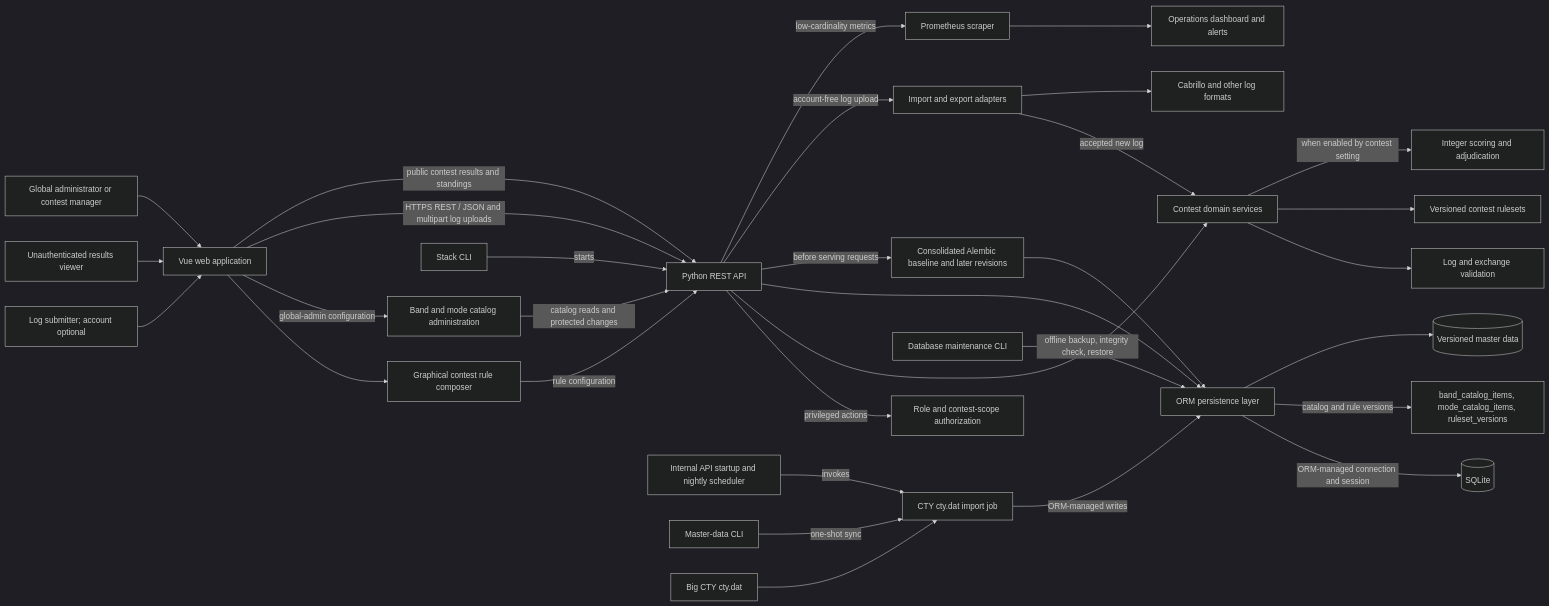
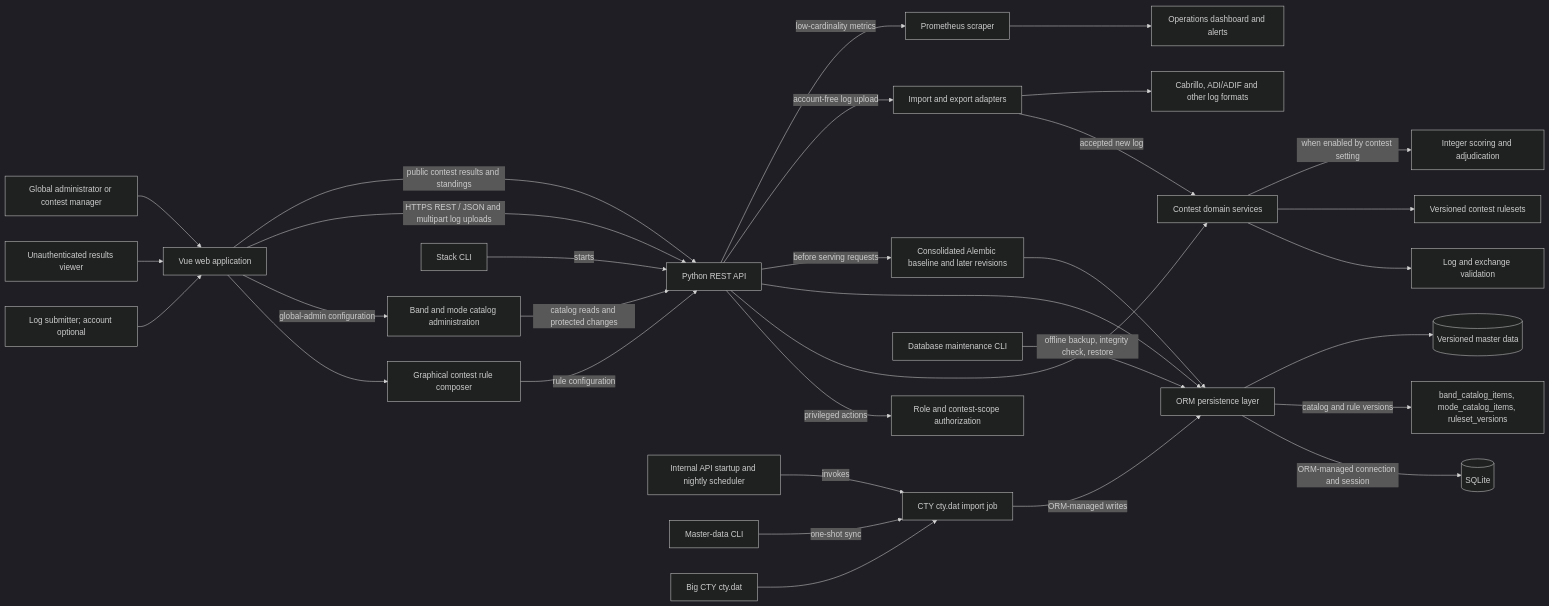
Before and after one commit to ea7klk/contestmaster: the first of 3 diagrams in documentation/README.md, drawn with Mermaid (dark theme). The commit also changed other lines of this file and 26 other files, not shown here.

First line of the commit message:
Add ruleset-enabled ADI and ADIF log uploads

````diff
--- a/documentation/README.md
+++ b/documentation/README.md
@@ -79,34 +79,34 @@
 ```mermaid
 flowchart LR
     Participant[Log submitter; account optional] --> Web[Vue web application]
     Visitor[Unauthenticated results viewer] --> Web
     PrivilegedUser[Global administrator or contest manager] --> Web
     Web --> Composer[Graphical contest rule composer]
     Web -->|global-admin configuration| CatalogAdmin[Band and mode catalog administration]
     Composer -->|rule configuration| API[Python REST API]
     CatalogAdmin -->|catalog reads and protected changes| API
     Web -->|HTTPS REST / JSON and multipart log uploads| API[Python REST API]
     Web -->|public contest results and standings| API
     API -->|privileged actions| Auth[Role and contest-scope authorization]
     API --> Domain[Contest domain services]
     Domain --> Validation[Log and exchange validation]
     Domain --> Rules[Versioned contest rulesets]
     Domain -->|when enabled by contest setting| Scoring[Integer scoring and adjudication]
     API --> Store[ORM persistence layer]
     API -->|before serving requests| SchemaMigration[Consolidated Alembic baseline and later revisions]
     SchemaMigration --> Store
     Store -->|ORM-managed connection and session| DB[(SQLite)]
     Store -->|catalog and rule versions| OperatingCatalog[band_catalog_items, mode_catalog_items, ruleset_versions]
     API -->|account-free log upload| Adapters[Import and export adapters]
     Adapters -->|accepted new log| Domain
-    Adapters --> Formats[Cabrillo and other log formats]
+    Adapters --> Formats[Cabrillo, ADI/ADIF and other log formats]
     Timer[Internal API startup and nightly scheduler] -->|invokes| MasterImport[CTY cty.dat import job]
     StackCLI[Stack CLI] -->|starts| API
     MasterCLI[Master-data CLI] -->|one-shot sync| MasterImport
     DBCLI[Database maintenance CLI] -->|offline backup, integrity check, restore| Store
     API -->|low-cardinality metrics| Prometheus[Prometheus scraper]
     Prometheus --> Dashboard[Operations dashboard and alerts]
     CTYSource[Big CTY cty.dat] --> MasterImport
     MasterImport -->|ORM-managed writes| Store
     Store --> ReferenceData[(Versioned master data)]
 ```
````
